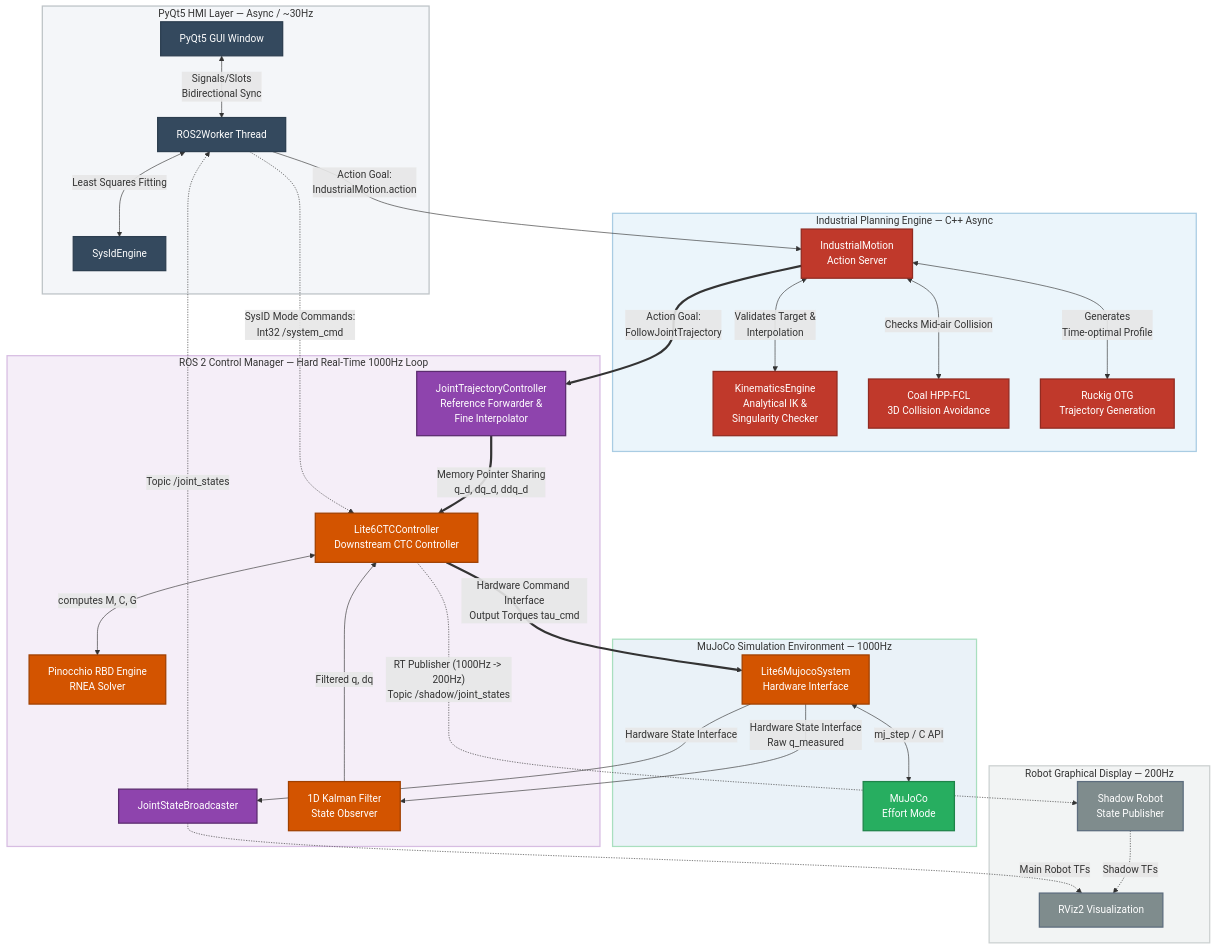
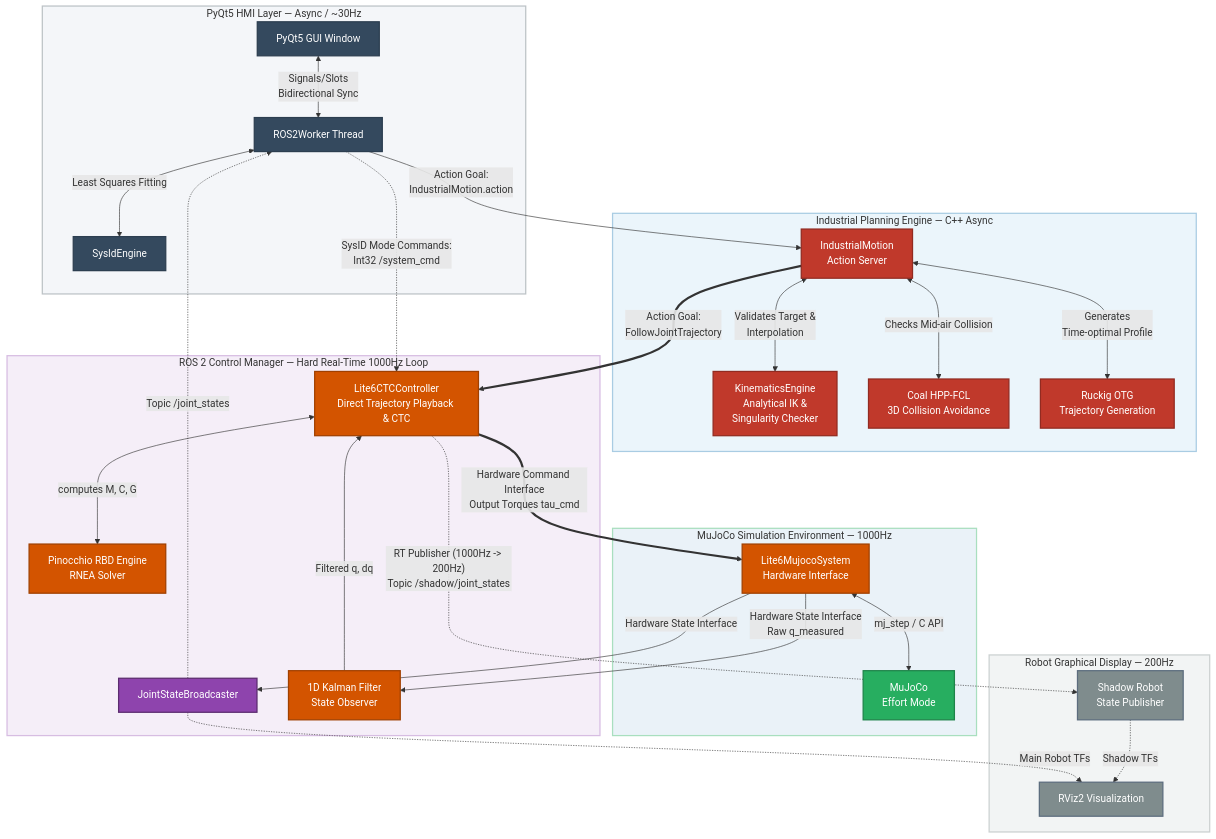
One commit to Tianyi-Wang-1206/Six-Axis-Robot-Trajectory-Planning-Dynamic-Control-and-Compliance-Control-Based-on-ROS-2-and-MuJoCo changed the first of 2 diagrams in README.md. Above: the diagram before and after it, drawn with Mermaid. The commit also changed other lines of this file and 15 other files, not shown here.

```diff
--- a/README.md
+++ b/README.md
@@ -70,14 +70,11 @@
 
     %% Subgraph: Hard Real-Time ROS 2 Control Loop (1000Hz)
     subgraph Sub_R2C [ROS 2 Control Manager — Hard Real-Time 1000Hz Loop]
-        JTC[JointTrajectoryController<br/>Reference Forwarder &<br/>Fine Interpolator]:::R2C
-        CTC[Lite6CTCController<br/>Downstream CTC Controller]:::Custom
+        CTC[Lite6CTCController<br/>Direct Trajectory Playback & CTC]:::Custom
         JSB[JointStateBroadcaster]:::R2C
         KF[1D Kalman Filter<br/>State Observer]:::Custom
         Pinocchio[Pinocchio RBD Engine<br/>RNEA Solver]:::Custom
         
-        %% Chaining Mechanism
-        JTC ==>|Memory Pointer Sharing<br/>q_d, dq_d, ddq_d| CTC
         CTC <-->|computes M, C, G| Pinocchio
         KF -->|Filtered q, dq| CTC
     end
@@ -97,7 +94,7 @@
 
     %% System Connections (Data Flow)
     Worker -->|Action Goal:<br/>IndustrialMotion.action| Action
-    Action ==>|Action Goal:<br/>FollowJointTrajectory| JTC
+    Action ==>|Action Goal:<br/>FollowJointTrajectory| CTC
     
     %% CTC Inputs & Outputs
     HW -->|Hardware State Interface<br/>Raw q_measured| KF
```
